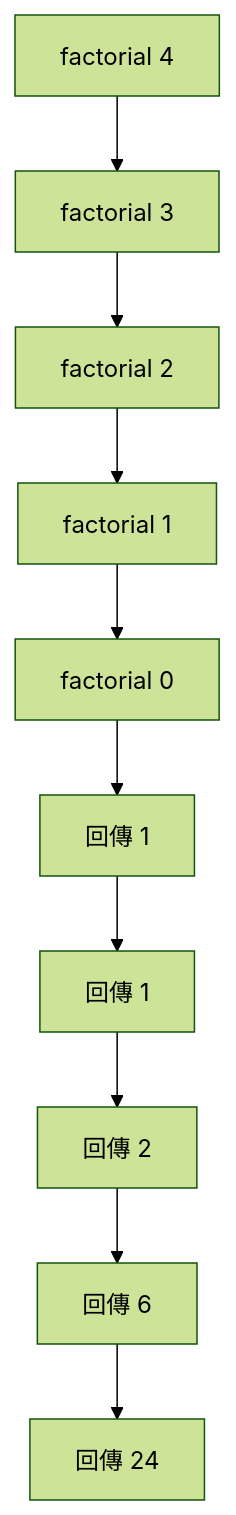
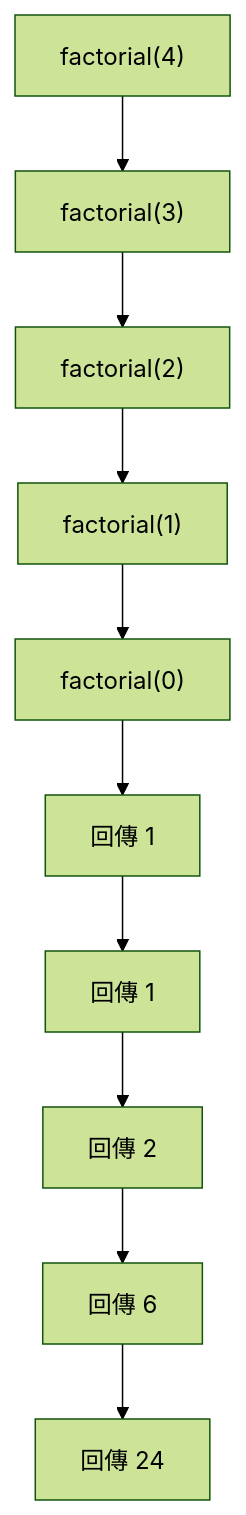
One commit to davidchen0970/algorithm_note changed the second of 4 diagrams in 05_recursion_backtracking/21_recursion.md. Above: the diagram before and after it, drawn with Mermaid (forest theme). The commit also changed other lines of this file, not shown here.

````diff
--- a/05_recursion_backtracking/21_recursion.md
+++ b/05_recursion_backtracking/21_recursion.md
@@ -145,12 +161,12 @@
 ```mermaid
 flowchart TD
-    A[factorial 4] --> B[factorial 3]
-    B --> C[factorial 2]
-    C --> D[factorial 1]
-    D --> E[factorial 0]
-    E --> F[回傳 1]
-    F --> G[回傳 1]
-    G --> H[回傳 2]
-    H --> I[回傳 6]
-    I --> J[回傳 24]
+    A["factorial(4)"] --> B["factorial(3)"]
+    B --> C["factorial(2)"]
+    C --> D["factorial(1)"]
+    D --> E["factorial(0)"]
+    E --> F["回傳 1"]
+    F --> G["回傳 1"]
+    G --> H["回傳 2"]
+    H --> I["回傳 6"]
+    I --> J["回傳 24"]
 ```
````
